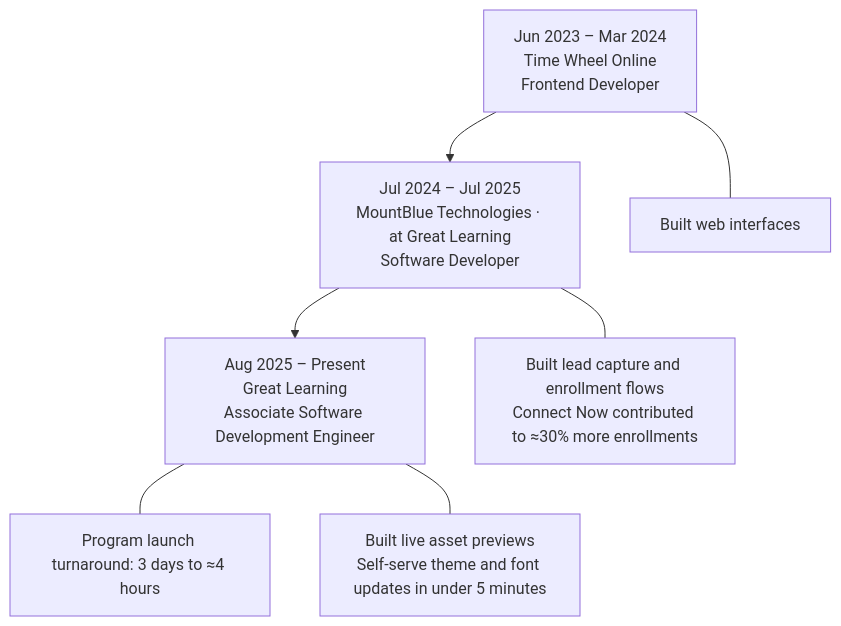
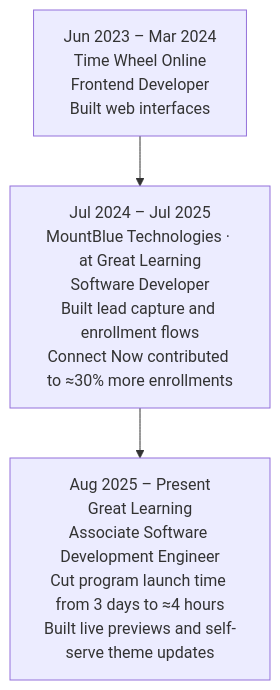
One commit to umangsahu/umangsahu changed the diagram in Readme.md. Above: the diagram before and after it, drawn with Mermaid.

Commit message:
Simplify work experience into a vertical timeline

````diff
--- a/Readme.md
+++ b/Readme.md
@@ -9,12 +9,8 @@
 ```mermaid
 flowchart TD
-    frontend["Jun 2023 – Mar 2024<br/>Time Wheel Online<br/>Frontend Developer"]
-    mountblue["Jul 2024 – Jul 2025<br/>MountBlue Technologies · at Great Learning<br/>Software Developer"]
-    greatlearning["Aug 2025 – Present<br/>Great Learning<br/>Associate Software Development Engineer"]
+    first["Jun 2023 – Mar 2024<br/>Time Wheel Online<br/>Frontend Developer<br/>Built web interfaces"]
+    second["Jul 2024 – Jul 2025<br/>MountBlue Technologies · at Great Learning<br/>Software Developer<br/>Built lead capture and enrollment flows<br/>Connect Now contributed to ≈30% more enrollments"]
+    current["Aug 2025 – Present<br/>Great Learning<br/>Associate Software Development Engineer<br/>Cut program launch time from 3 days to ≈4 hours<br/>Built live previews and self-serve theme updates"]
 
-    frontend --> mountblue --> greatlearning
-    frontend --- interfaces["Built web interfaces"]
-    mountblue --- enrollment["Built lead capture and enrollment flows<br/>Connect Now contributed to ≈30% more enrollments"]
-    greatlearning --- launches["Program launch turnaround: 3 days to ≈4 hours"]
-    greatlearning --- automation["Built live asset previews<br/>Self-serve theme and font updates in under 5 minutes"]
+    first --> second --> current
 ```
````
